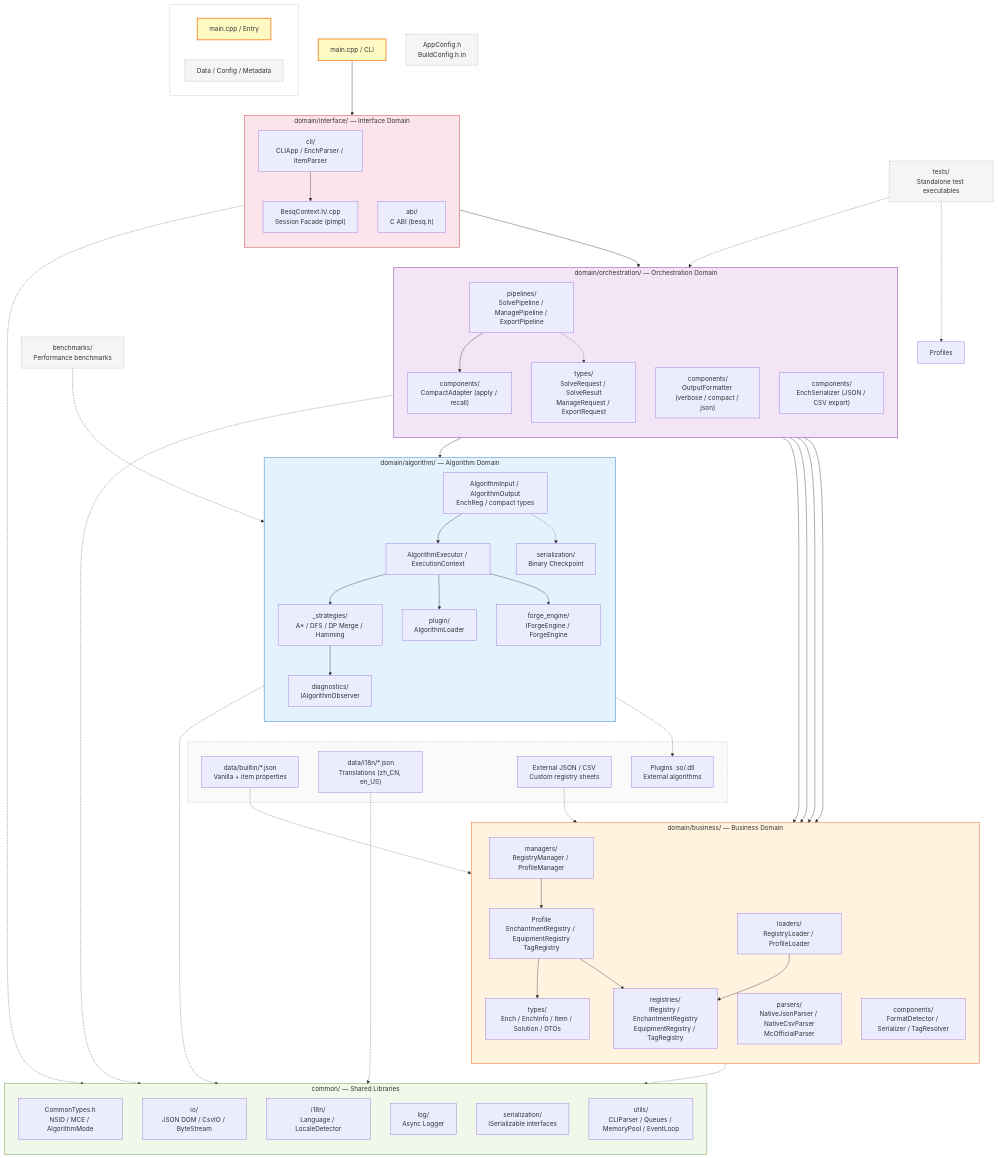
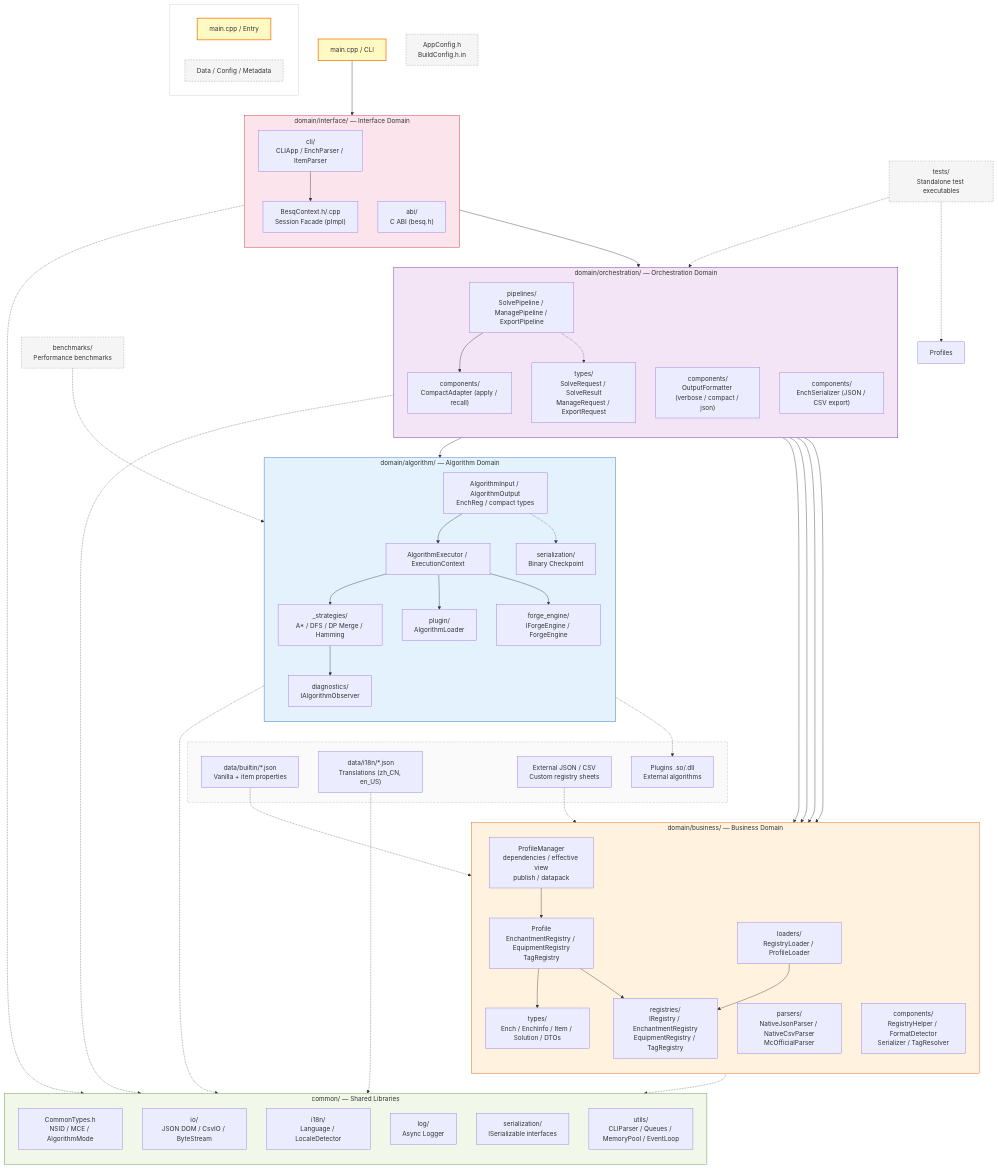
Before and after one commit to Dinosaur-MC/BestEnchSeq-Core: the diagram in README.md, drawn with Mermaid. The commit also changed other lines of this file and 5 other files, not shown here.

```diff
--- a/README.md
+++ b/README.md
@@ -142,8 +149,8 @@
         Registries["registries/<br/>IRegistry / EnchantmentRegistry<br/>EquipmentRegistry / TagRegistry"]
         Parsers["parsers/<br/>NativeJsonParser / NativeCsvParser<br/>McOfficialParser"]
         Loaders["loaders/<br/>RegistryLoader / ProfileLoader"]
-        Managers["managers/<br/>RegistryManager / ProfileManager"]
-        Comp["components/<br/>FormatDetector / Serializer / TagResolver"]
+        PM["ProfileManager<br/>dependencies / effective view<br/>publish / datapack"]
+        Comp["components/<br/>RegistryHelper / FormatDetector<br/>Serializer / TagResolver"]
     end
     style Business fill:#fff3e0,stroke:#e65100
 
@@ -196,7 +203,7 @@
     EnchSer --> Profile
     Profile --> Types & Registries
     Loaders --> Registries
-    Managers --> Profile
+    PM --> Profile
 
     %% Common → all domains
     Algorithm -.-> Common
```
